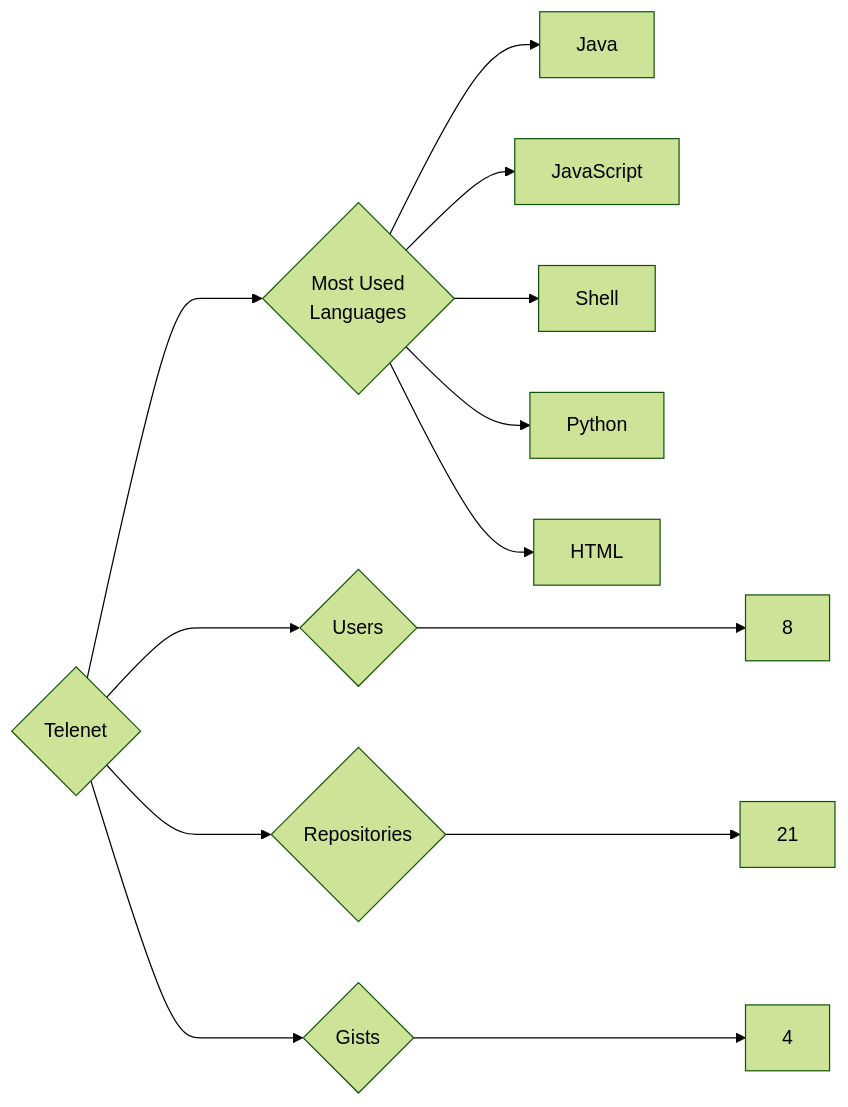
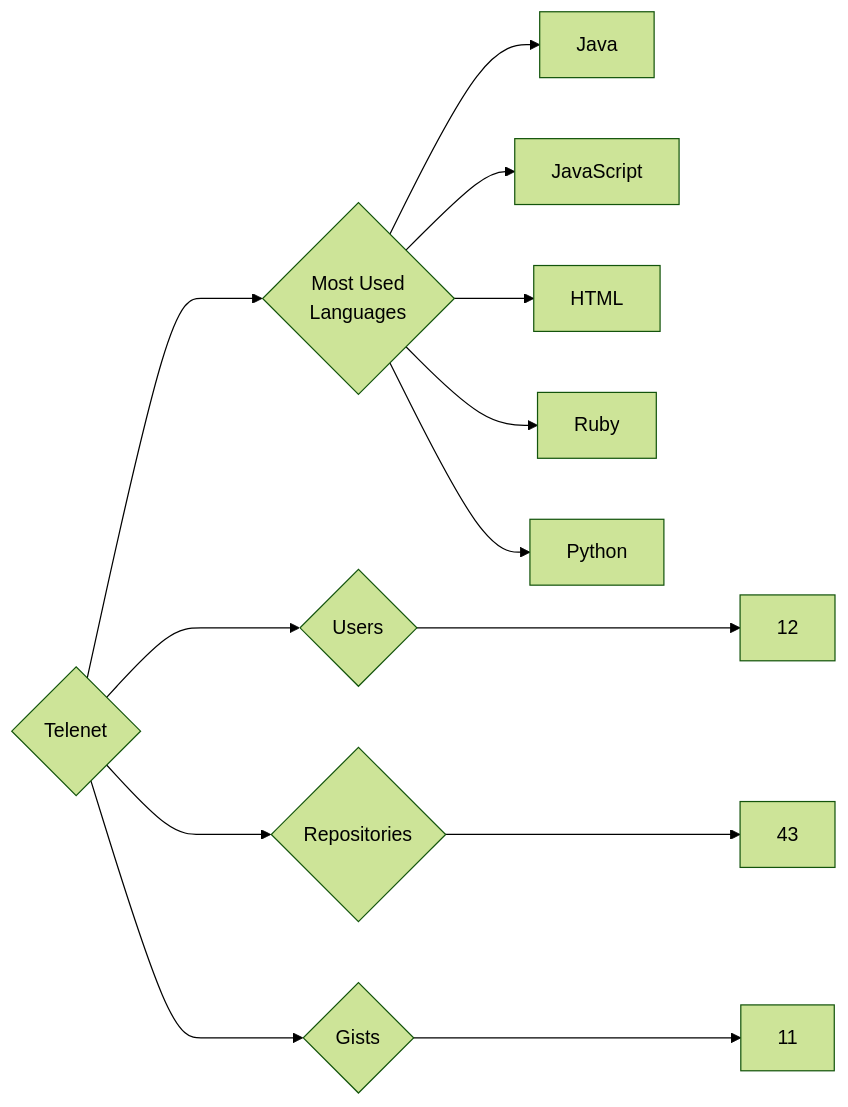
The diagram in targets/Telenet/README.md (trickest/insiders), drawn with Mermaid (forest theme) before and after one commit. The commit also changed 829 other files, not shown here.

````diff
--- a/targets/Telenet/README.md
+++ b/targets/Telenet/README.md
@@ -3,13 +3,13 @@
 ```mermaid
 graph LR
 COMPANY_NAME{Telenet}
-COMPANY_NAME ---> U{Users} ---> UN[8]
-COMPANY_NAME ---> R{Repositories} ---> RN[21]
-COMPANY_NAME ---> G{Gists} ---> GN[4]
+COMPANY_NAME ---> U{Users} ---> UN[12]
+COMPANY_NAME ---> R{Repositories} ---> RN[43]
+COMPANY_NAME ---> G{Gists} ---> GN[11]
 COMPANY_NAME ---> ML{Most Used<br>Languages}
 ML --> Java[Java]
 ML --> JavaScript[JavaScript]
-ML --> Shell[Shell]
+ML --> HTML[HTML]
+ML --> Ruby[Ruby]
 ML --> Python[Python]
-ML --> HTML[HTML]
 ```
````
